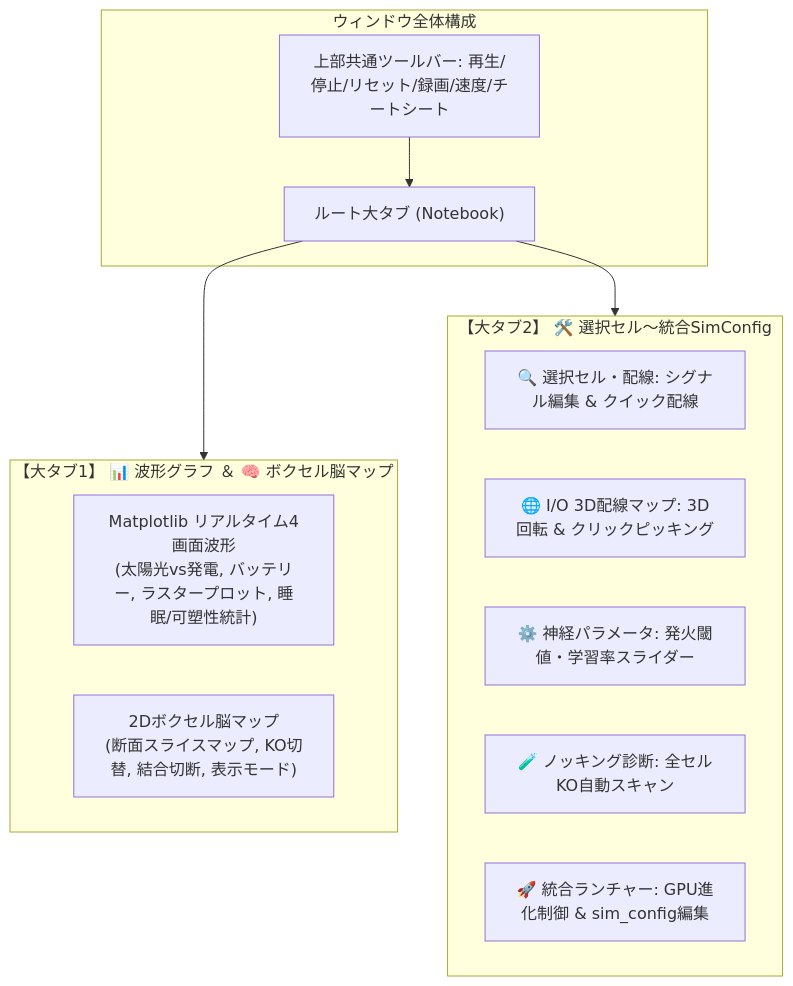
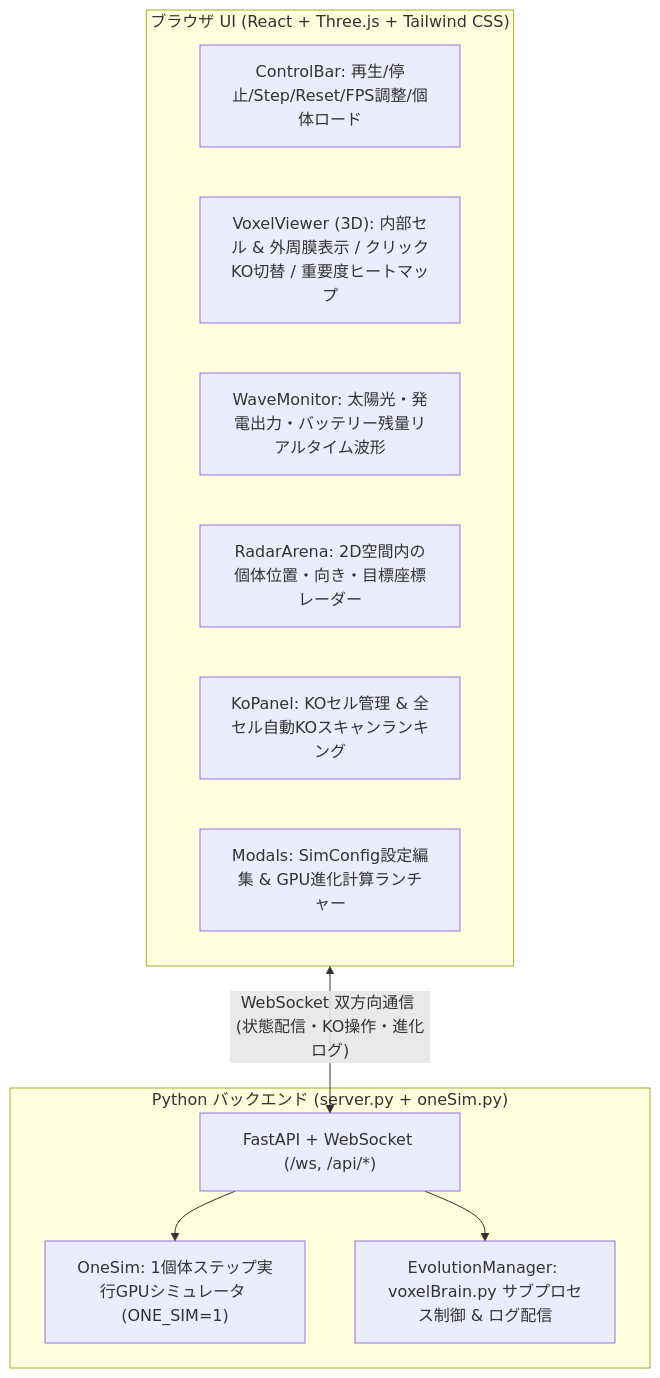
The second of 2 diagrams in README.md (toribird-2048/VoxelBrain), drawn with Mermaid before and after one commit. The commit also changed other lines of this file and 6 other files, not shown here.

````diff
--- a/README.md
+++ b/README.md
@@ -177,24 +240,21 @@
 ```mermaid
 flowchart TB
-    subgraph Root ["ウィンドウ全体構成"]
-        TB["上部共通ツールバー: 再生/停止/リセット/録画/速度/チートシート"]
-        NB["ルート大タブ (Notebook)"]
-        TB --> NB
+    subgraph Browser ["ブラウザ UI (React + Three.js + Tailwind CSS)"]
+        CB["ControlBar: 再生/停止/Step/Reset/FPS調整/個体ロード"]
+        VV["VoxelViewer (3D): 内部セル & 外周膜表示 / クリックKO切替 / 重要度ヒートマップ"]
+        WM["WaveMonitor: 太陽光・発電出力・バッテリー残量リアルタイム波形"]
+        RA["RadarArena: 2D空間内の個体位置・向き・目標座標レーダー"]
+        KP["KoPanel: KOセル管理 & 全セル自動KOスキャンランキング"]
+        MOD["Modals: SimConfig設定編集 & GPU進化計算ランチャー"]
     end
 
-    subgraph Tab1 ["【大タブ1】 📊 波形グラフ ＆ 🧠 ボクセル脳マップ"]
-        MPL["Matplotlib リアルタイム4画面波形<br/>(太陽光vs発電, バッテリー, ラスタープロット, 睡眠/可塑性統計)"]
-        MAP["2Dボクセル脳マップ<br/>(断面スライスマップ, KO切替, 結合切断, 表示モード)"]
+    subgraph Backend ["Python バックエンド (server.py + oneSim.py)"]
+        API["FastAPI + WebSocket (/ws, /api/*)"]
+        OSIM["OneSim: 1個体ステップ実行GPUシミュレータ (ONE_SIM=1)"]
+        EVO["EvolutionManager: voxelBrain.py サブプロセス制御 & ログ配信"]
     end
 
-    subgraph Tab2 ["【大タブ2】 🛠️ 選択セル～統合SimConfig"]
-        S1["🔍 選択セル・配線: シグナル編集 & クイック配線"]
-        S2["🌐 I/O 3D配線マップ: 3D回転 & クリックピッキング"]
-        S3["⚙️ 神経パラメータ: 発火閾値・学習率スライダー"]
-        S4["🧪 ノッキング診断: 全セルKO自動スキャン"]
-        S5["🚀 統合ランチャー: GPU進化制御 & sim_config編集"]
-    end
-
-    NB --> Tab1
-    NB --> Tab2
+    Browser <-->|"WebSocket 双方向通信 (状態配信・KO操作・進化ログ)"| API
+    API --> OSIM
+    API --> EVO
 ```
````
